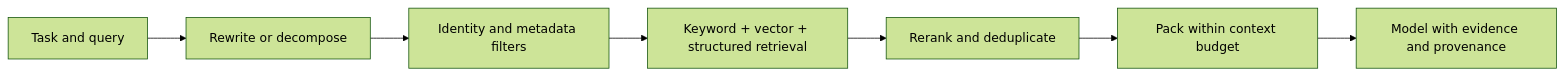
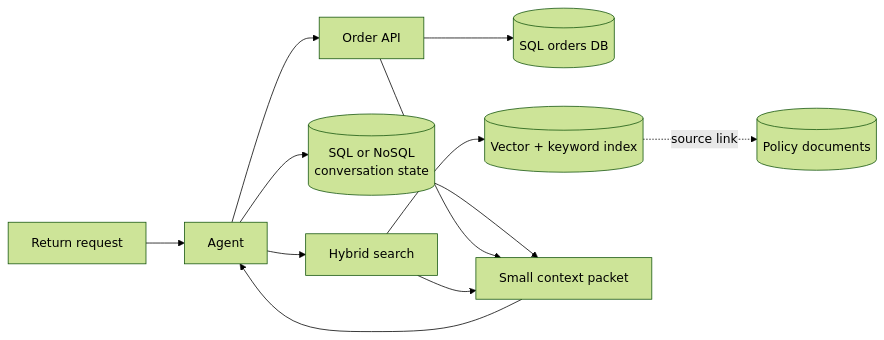
The diagram in agents/context-retrieval.md (alanqi03/sys-design), drawn with Mermaid (forest theme) before and after one commit. The commit also changed other lines of this file, not shown here.

Commit message:
Simplify agent context retrieval guidance

````diff
--- a/agents/context-retrieval.md
+++ b/agents/context-retrieval.md
@@ -31,9 +56,14 @@
 ```{mermaid}
 flowchart LR
-  query[Task and query] --> rewrite[Rewrite or decompose]
-  rewrite --> filters[Identity and metadata filters]
-  filters --> retrieve[Keyword + vector + structured retrieval]
-  retrieve --> rerank[Rerank and deduplicate]
-  rerank --> pack[Pack within context budget]
-  pack --> model[Model with evidence and provenance]
+  request[Return request] --> agent[Agent]
+  agent --> conversation[(SQL or NoSQL<br/>conversation state)]
+  agent --> orderAPI[Order API]
+  orderAPI --> orders[(SQL orders DB)]
+  agent --> search[Hybrid search]
+  search --> index[(Vector + keyword index)]
+  index -. source link .-> docs[(Policy documents)]
+  conversation --> pack[Small context packet]
+  orderAPI --> pack
+  search --> pack
+  pack --> agent
 ```
````
